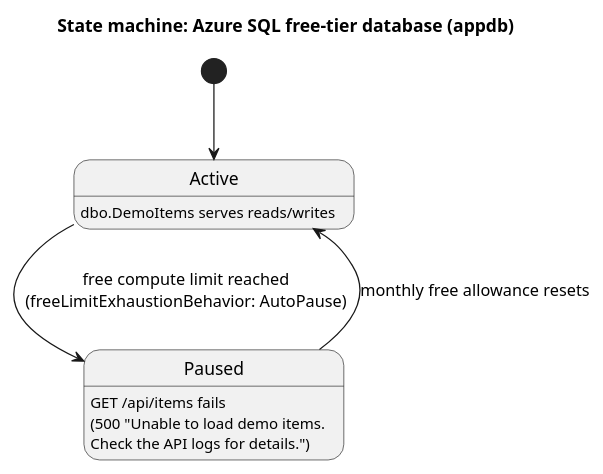
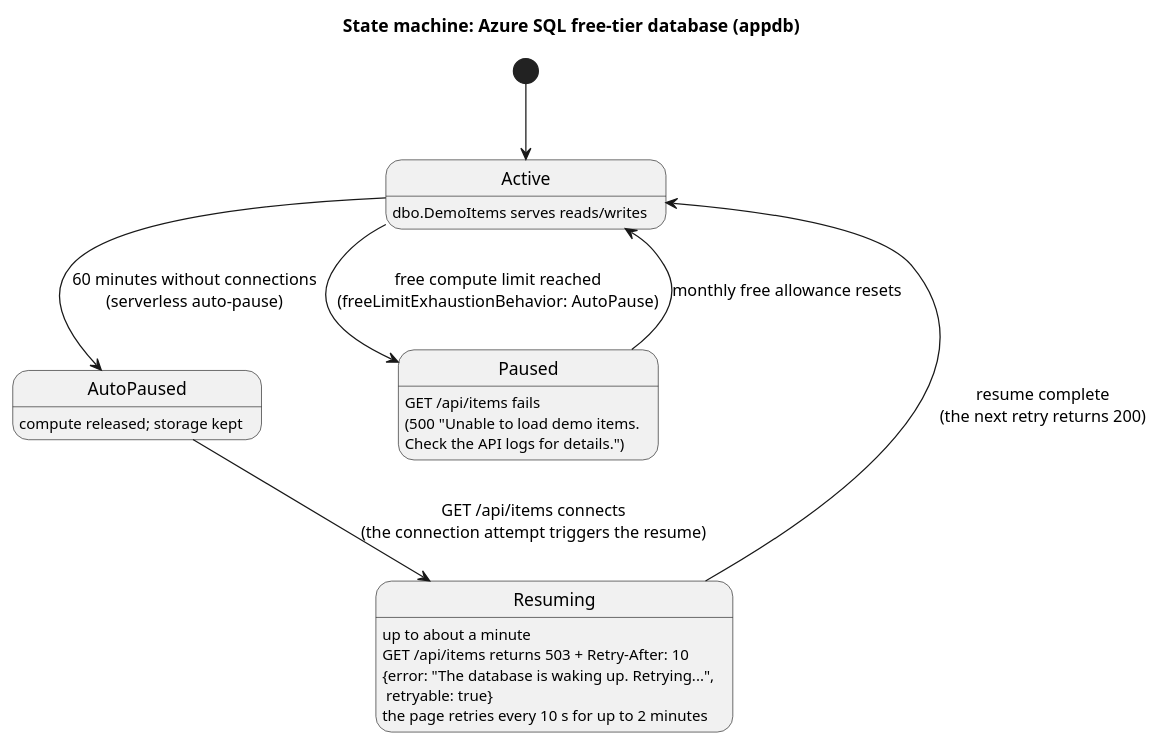
Before and after one commit to wolffy-au/frictionless-sample-azure: the diagram in uml/behavior/10-state-machine.puml, drawn with PlantUML. The commit also changed 8 other files, not shown here.

First line of the commit message:
docs: describe the auto-pause resume and 503 retry path

```diff
--- a/uml/behavior/10-state-machine.puml
+++ b/uml/behavior/10-state-machine.puml
@@ -1,12 +1,19 @@
 @startuml
 title State machine: Azure SQL free-tier database (appdb)
 
 [*] --> Active
 
 Active : dbo.DemoItems serves reads/writes
+Active --> AutoPaused : 60 minutes without connections\n(serverless auto-pause)
 Active --> Paused : free compute limit reached\n(freeLimitExhaustionBehavior: AutoPause)
+
+AutoPaused : compute released; storage kept
+AutoPaused --> Resuming : GET /api/items connects\n(the connection attempt triggers the resume)
+
+Resuming : up to about a minute\nGET /api/items returns 503 + Retry-After: 10\n{error: "The database is waking up. Retrying...",\n retryable: true}\nthe page retries every 10 s for up to 2 minutes
+Resuming --> Active : resume complete\n(the next retry returns 200)
 
 Paused : GET /api/items fails\n(500 "Unable to load demo items.\nCheck the API logs for details.")
 Paused --> Active : monthly free allowance resets
 
 @enduml
```
